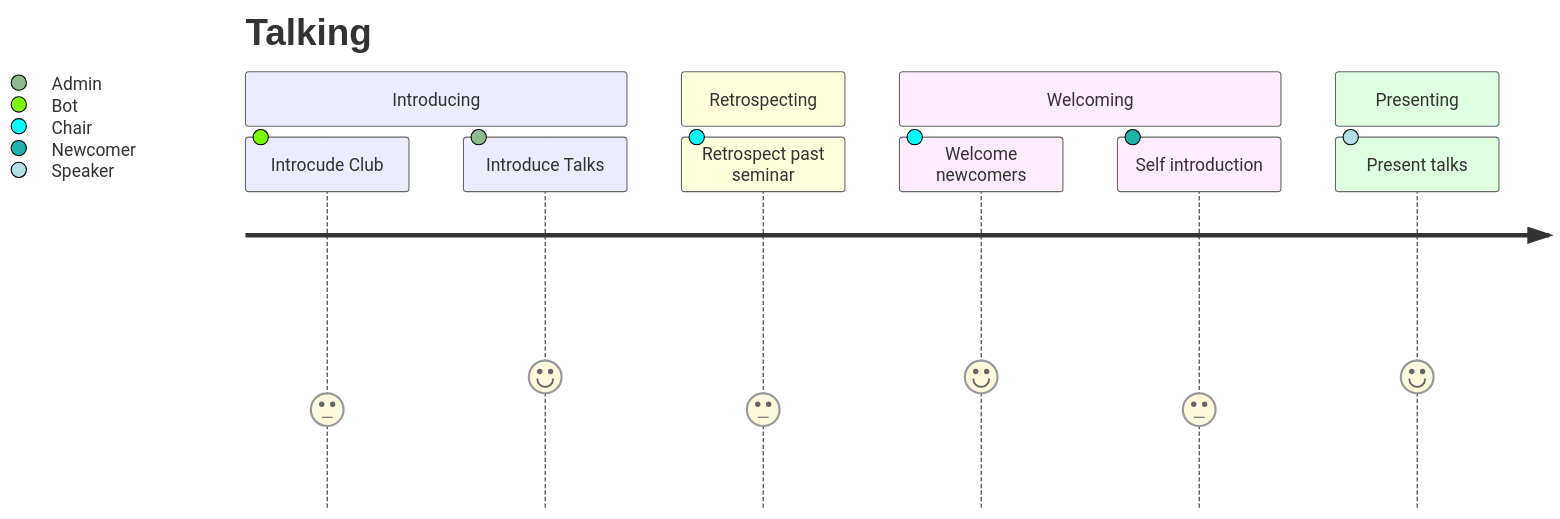
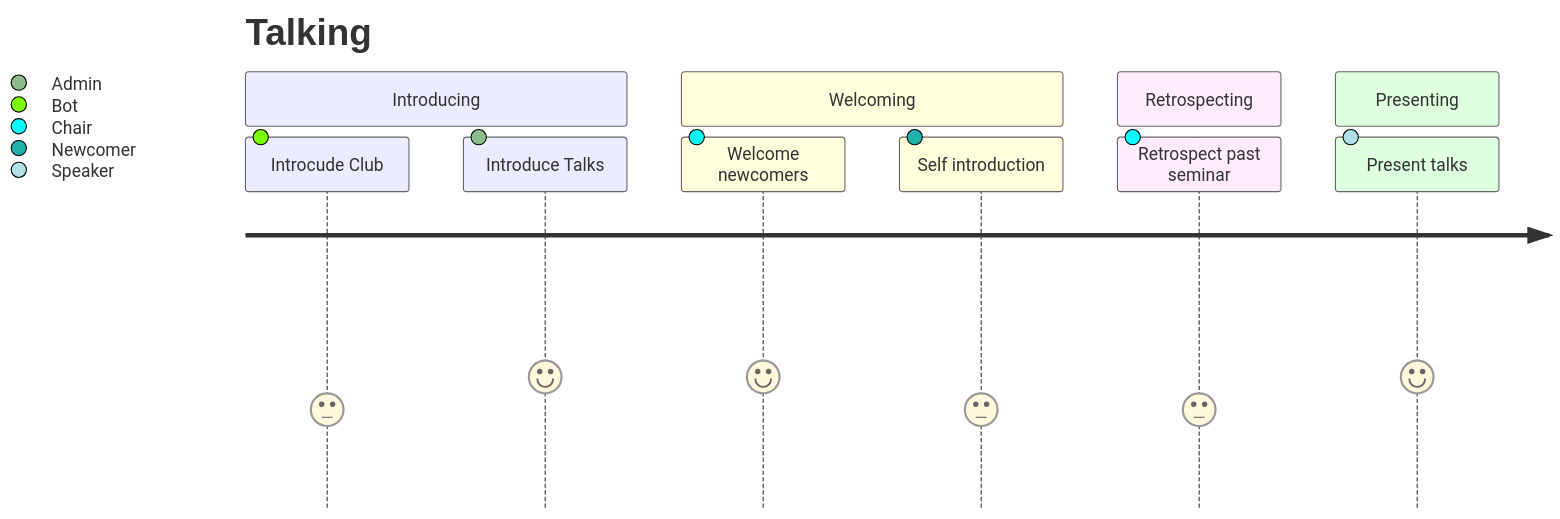
The seventh of 15 diagrams in README.md (wechaty/bot5-assistant), drawn with Mermaid before and after one commit. The commit also changed other lines of this file, not shown here.

Commit message:
clean mermaid diagram

````diff
--- a/README.md
+++ b/README.md
@@ -90,14 +89,14 @@
 ```mermaid
 journey
   title Talking
   section Introducing
     Introcude Club: 3: Bot
     Introduce Talks: 4: Admin
-  section Retrospecting
-    Retrospect past seminar: 3: Chair
   section Welcoming
     Welcome newcomers: 4: Chair
     Self introduction: 3: Newcomer
+  section Retrospecting
+    Retrospect past seminar: 3: Chair
   section Presenting
     Present talks: 4: Speaker
 ```
````
